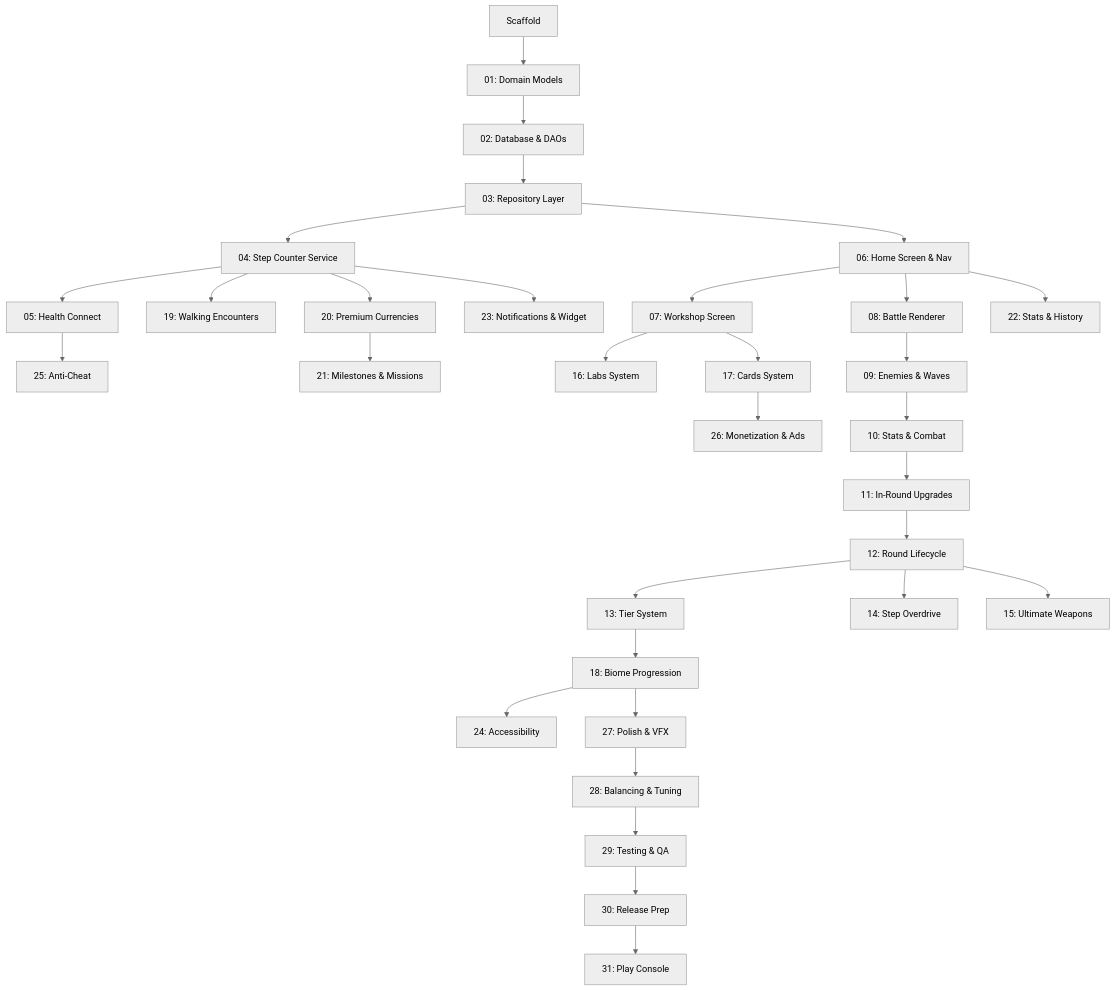
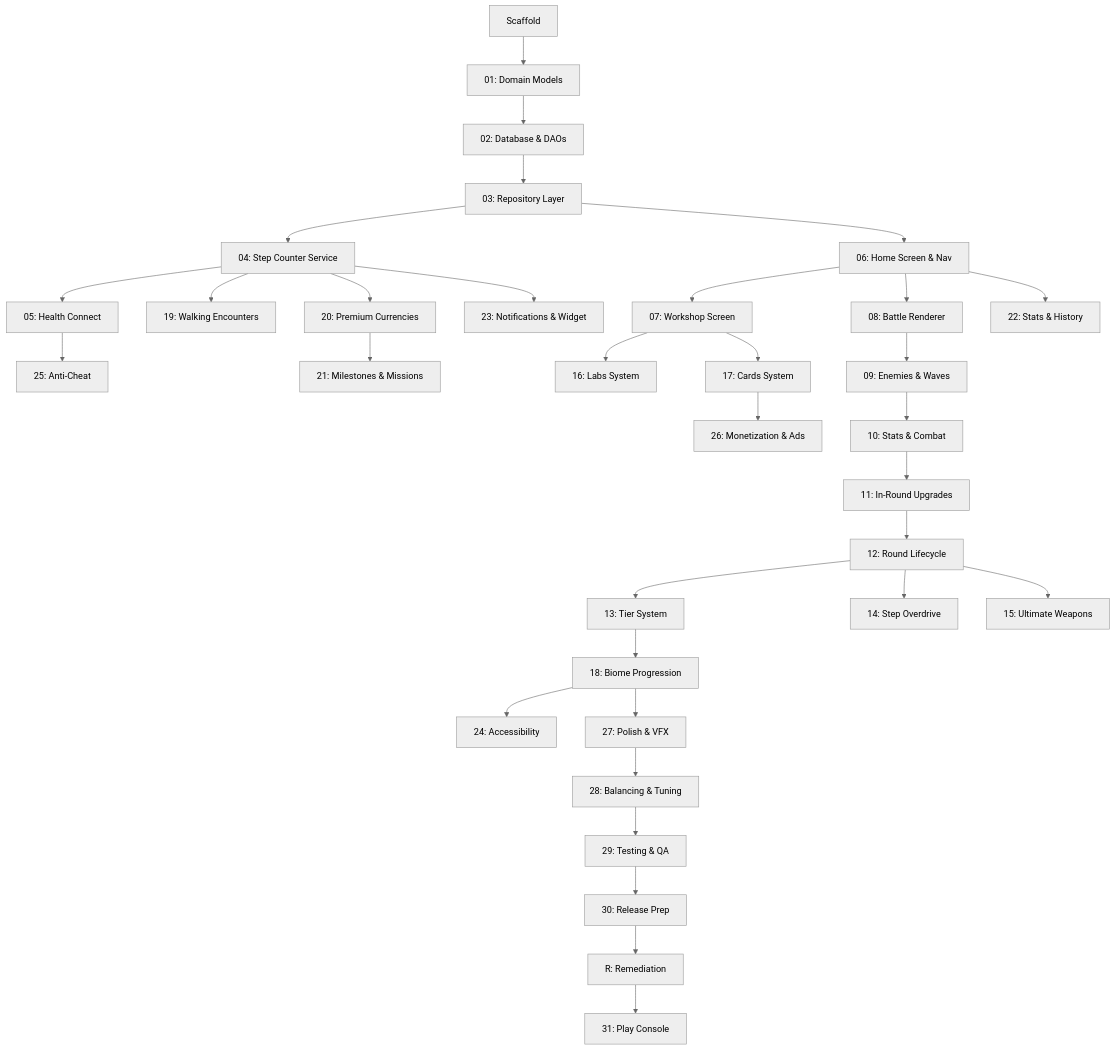
One commit to JonWhiteFang/steps-of-bablylon changed the diagram in AGENTS.md. Above: the diagram before and after it, drawn with Mermaid (neutral theme). The commit also changed other lines of this file and 5 other files, not shown here.

````diff
--- a/AGENTS.md
+++ b/AGENTS.md
@@ -136,34 +137,35 @@
 ```mermaid
 graph TD
     S[Scaffold] --> P01[01: Domain Models]
     P01 --> P02[02: Database & DAOs]
     P02 --> P03[03: Repository Layer]
     P03 --> P04[04: Step Counter Service]
     P03 --> P06[06: Home Screen & Nav]
     P04 --> P05[05: Health Connect]
     P04 --> P19[19: Walking Encounters]
     P04 --> P20[20: Premium Currencies]
     P04 --> P23[23: Notifications & Widget]
     P05 --> P25[25: Anti-Cheat]
     P06 --> P07[07: Workshop Screen]
     P06 --> P08[08: Battle Renderer]
     P06 --> P22[22: Stats & History]
     P07 --> P16[16: Labs System]
     P07 --> P17[17: Cards System]
     P08 --> P09[09: Enemies & Waves]
     P09 --> P10[10: Stats & Combat]
     P10 --> P11[11: In-Round Upgrades]
     P11 --> P12[12: Round Lifecycle]
     P12 --> P13[13: Tier System]
     P12 --> P14[14: Step Overdrive]
     P12 --> P15[15: Ultimate Weapons]
     P13 --> P18[18: Biome Progression]
     P17 --> P26[26: Monetization & Ads]
     P18 --> P24[24: Accessibility]
     P18 --> P27[27: Polish & VFX]
     P20 --> P21[21: Milestones & Missions]
     P27 --> P28[28: Balancing & Tuning]
     P28 --> P29[29: Testing & QA]
     P29 --> P30[30: Release Prep]
-    P30 --> P31[31: Play Console]
+    P30 --> PR[R: Remediation]
+    PR --> P31[31: Play Console]
 ```
````
